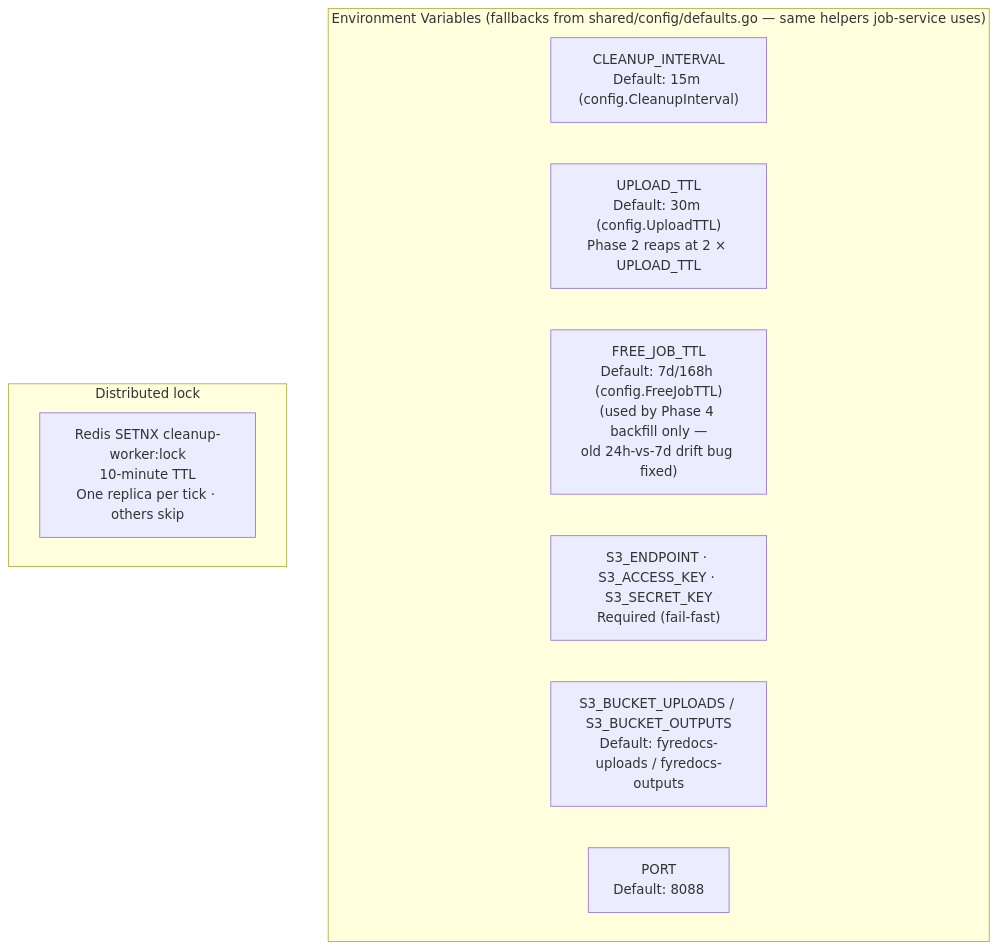
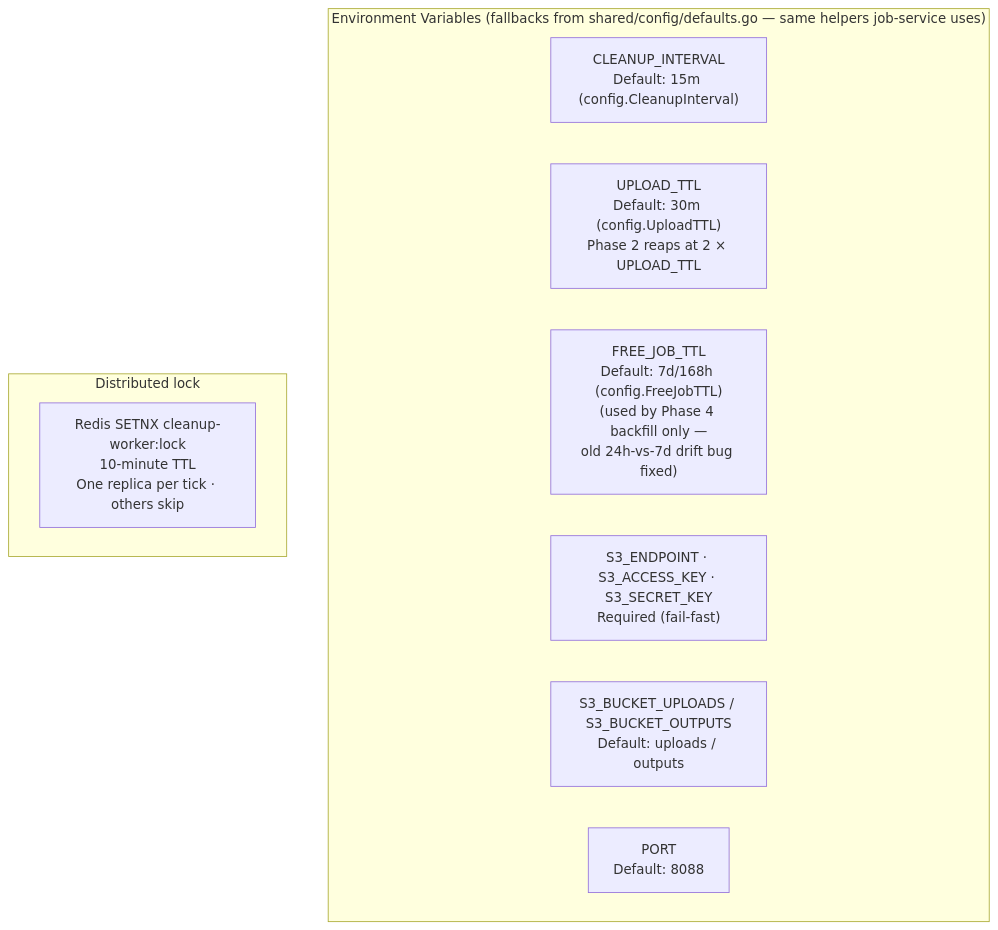
One commit to Prachidubey2003/fyredocs_backend changed the third of 4 diagrams in docs/developer/mermaid/service-cleanup-worker-architecture.md. Above: the diagram before and after it, drawn with Mermaid. The commit also changed other lines of this file and 28 other files, not shown here.

````diff
--- a/docs/developer/mermaid/service-cleanup-worker-architecture.md
+++ b/docs/developer/mermaid/service-cleanup-worker-architecture.md
@@ -96,15 +96,15 @@
 ```mermaid
 graph TD
     subgraph EnvVars["Environment Variables (fallbacks from shared/config/defaults.go — same helpers job-service uses)"]
         A["CLEANUP_INTERVAL<br/>Default: 15m (config.CleanupInterval)"]
         B["UPLOAD_TTL<br/>Default: 30m (config.UploadTTL)<br/>Phase 2 reaps at 2 × UPLOAD_TTL"]
         C["FREE_JOB_TTL<br/>Default: 7d/168h (config.FreeJobTTL)<br/>(used by Phase 4 backfill only —<br/>old 24h-vs-7d drift bug fixed)"]
         D["S3_ENDPOINT · S3_ACCESS_KEY · S3_SECRET_KEY<br/>Required (fail-fast)"]
-        E["S3_BUCKET_UPLOADS / S3_BUCKET_OUTPUTS<br/>Default: fyredocs-uploads / fyredocs-outputs"]
+        E["S3_BUCKET_UPLOADS / S3_BUCKET_OUTPUTS<br/>Default: uploads / outputs"]
         F["PORT<br/>Default: 8088"]
     end
 
     subgraph Locking["Distributed lock"]
         L["Redis SETNX cleanup-worker:lock<br/>10-minute TTL<br/>One replica per tick · others skip"]
     end
 ```
````
